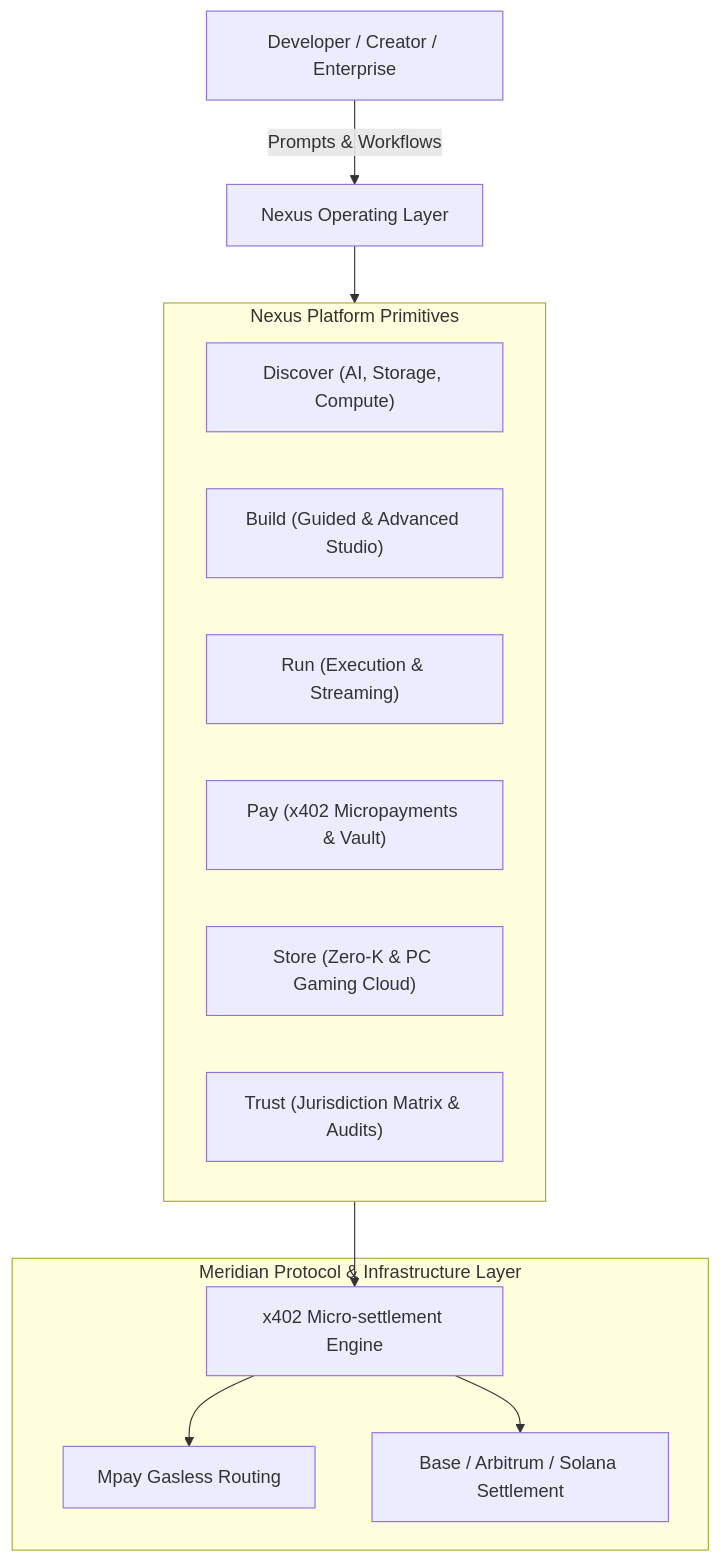
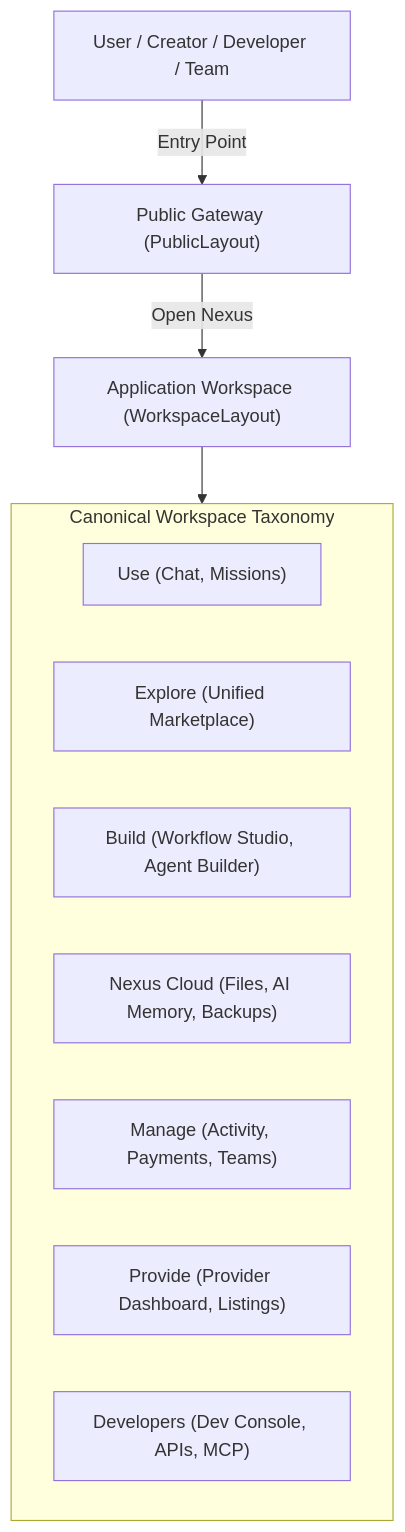
The diagram in README.md (johnparente97/M.NexusPhase1), drawn with Mermaid before and after one commit. The commit also changed other lines of this file, not shown here.

Commit message:
feat: complete Nexus master product rebuild (Electric Violet design tokens, 2-layout system, Nexus Cloud workspace, canonical navigation, truth-state system, GitHub Pages support)

````diff
--- a/README.md
+++ b/README.md
@@ -34,24 +37,17 @@
 ```mermaid
 graph TD
-    User["Developer / Creator / Enterprise"] -->|Prompts & Workflows| NexusApp["Nexus Operating Layer"]
+    User["User / Creator / Developer / Team"] -->|Entry Point| PublicLayout["Public Gateway (PublicLayout)"]
+    PublicLayout -->|Open Nexus| Workspace["Application Workspace (WorkspaceLayout)"]
 
-    subgraph Pillars["Nexus Platform Primitives"]
-        Discover["Discover (AI, Storage, Compute)"]
-        Build["Build (Guided & Advanced Studio)"]
-        Run["Run (Execution & Streaming)"]
-        Pay["Pay (x402 Micropayments & Vault)"]
-        Store["Store (Zero-K & PC Gaming Cloud)"]
-        Trust["Trust (Jurisdiction Matrix & Audits)"]
-    end
+    subgraph Taxonomy["Canonical Workspace Taxonomy"]
+        Use["Use (Chat, Missions)"]
+        Explore["Explore (Unified Marketplace)"]
+        Build["Build (Workflow Studio, Agent Builder)"]
+        Cloud["Nexus Cloud (Files, AI Memory, Backups)"]
+        Manage["Manage (Activity, Payments, Teams)"]
+        Provide["Provide (Provider Dashboard, Listings)"]
+        Devs["Developers (Dev Console, APIs, MCP)"]
+      end
 
-    subgraph Meridian["Meridian Protocol & Infrastructure Layer"]
-        x402["x402 Micro-settlement Engine"]
-        Mpay["Mpay Gasless Routing"]
-        Settlement["Base / Arbitrum / Solana Settlement"]
-    end
-
-    NexusApp --> Pillars
-    Pillars --> x402
-    x402 --> Mpay
-    x402 --> Settlement
+    Workspace --> Taxonomy
 ```
````
